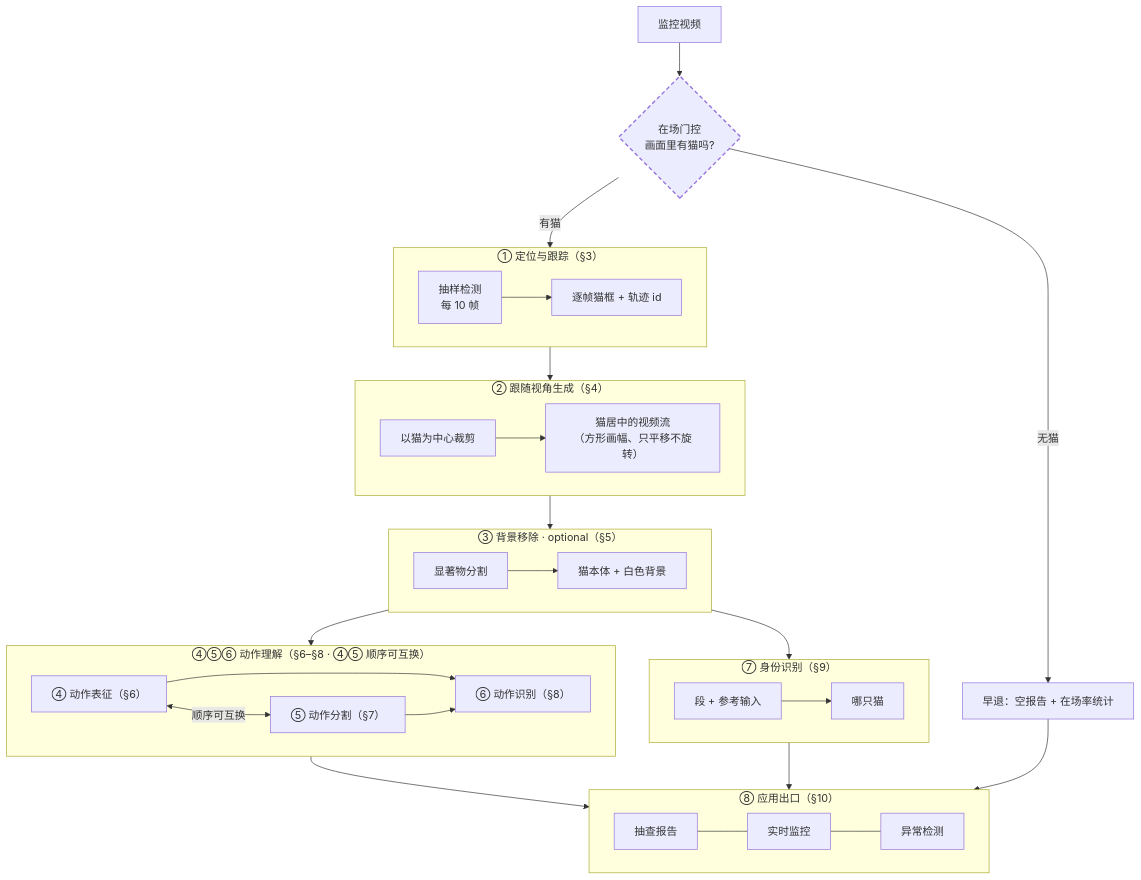
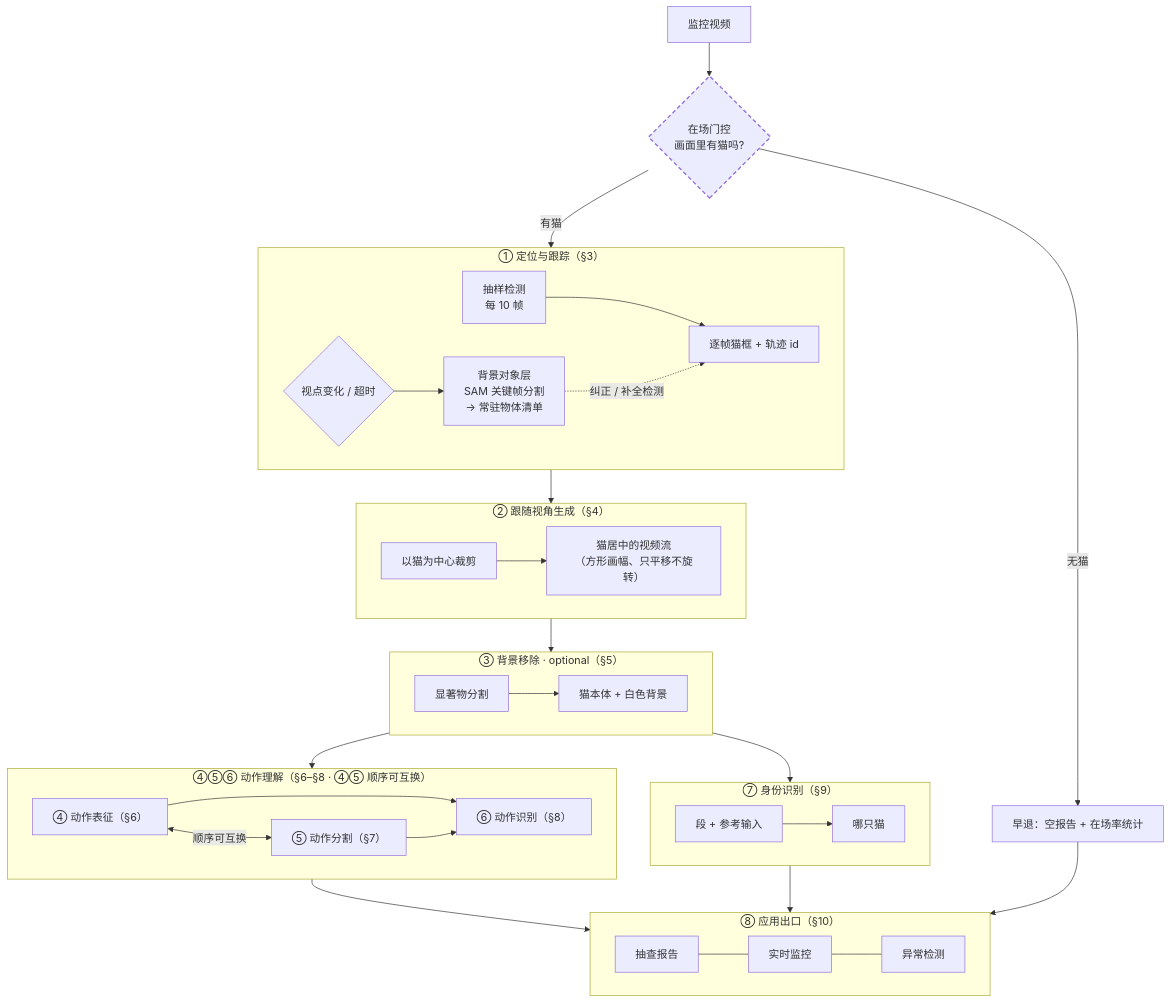
The first of 4 diagrams in management/docs/architecture.md (gongshangzheng/pet-action-recognition), drawn with Mermaid before and after one commit.

Commit message:
docs(architecture): 总图①补回背景对象层（SAM 关键帧分割 → 常驻物体清单 → 纠正/补全检测）

````diff
--- a/management/docs/architecture.md
+++ b/management/docs/architecture.md
@@ -26,48 +26,50 @@
 ```mermaid
 flowchart TD
     V[监控视频] --> GATE{"在场门控<br/>画面里有猫吗?"}
     GATE -->|"无猫"| EMPTY["早退：空报告 + 在场率统计"]
     GATE -->|"有猫"| S1
 
     subgraph S1["① 定位与跟踪（§3）"]
         direction LR
         A1["抽样检测<br/>每 10 帧"] --> A2["逐帧猫框 + 轨迹 id"]
+        T1{"视点变化 / 超时"} --> A3["背景对象层<br/>SAM 关键帧分割<br/>→ 常驻物体清单"]
+        A3 -.->|"纠正 / 补全检测"| A2
     end
 
     subgraph S2["② 跟随视角生成（§4）"]
         direction LR
         B1["以猫为中心裁剪"] --> B2["猫居中的视频流<br/>（方形画幅、只平移不旋转）"]
     end
 
     subgraph S3["③ 背景移除 · optional（§5）"]
         direction LR
         C1["显著物分割"] --> C2["猫本体 + 白色背景"]
     end
 
     subgraph S46["④⑤⑥ 动作理解（§6–§8 · ④⑤ 顺序可互换）"]
         direction LR
         D1["④ 动作表征（§6）"] <-->|"顺序可互换"| D2["⑤ 动作分割（§7）"]
         D1 --> D3["⑥ 动作识别（§8）"]
         D2 --> D3
     end
 
     subgraph S7["⑦ 身份识别（§9）"]
         direction LR
         E1["段 + 参考输入"] --> E2["哪只猫"]
     end
 
     subgraph S8["⑧ 应用出口（§10）"]
         direction LR
         F1["抽查报告"] --- F2["实时监控"] --- F3["异常检测"]
     end
 
     S1 --> S2
     S2 --> S3
     S3 --> S46
     S46 --> S8
     S3 --> S7
     S7 --> S8
     EMPTY --> S8
 
     style GATE stroke-dasharray: 6 4,stroke-width:2px
 ```
````
